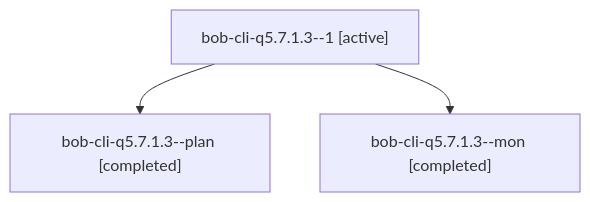
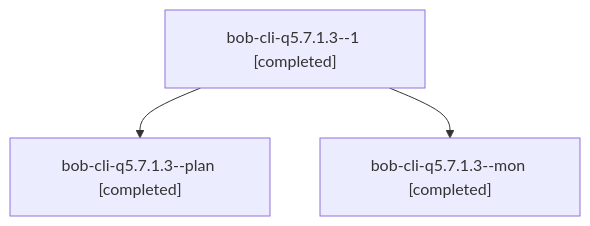
Before and after one commit to bobs-org/bob-cli--agents: the diagram in sessions/bbugyi200.athena.bob-cli-q5.7.1.3.md, drawn with Mermaid. The commit also changed other lines of this file and 113 other files, not shown here.

````diff
--- a/sessions/bbugyi200.athena.bob-cli-q5.7.1.3.md
+++ b/sessions/bbugyi200.athena.bob-cli-q5.7.1.3.md
@@ -9,8 +9,8 @@
 ```mermaid
 flowchart TD
-  n0["bob-cli-q5.7.1.3--1 [active]"]
+  n0["bob-cli-q5.7.1.3--1 [completed]"]
   n1["bob-cli-q5.7.1.3--plan [completed]"]
   n0 --> n1
   n2["bob-cli-q5.7.1.3--mon [completed]"]
   n0 --> n2
 ```
````
